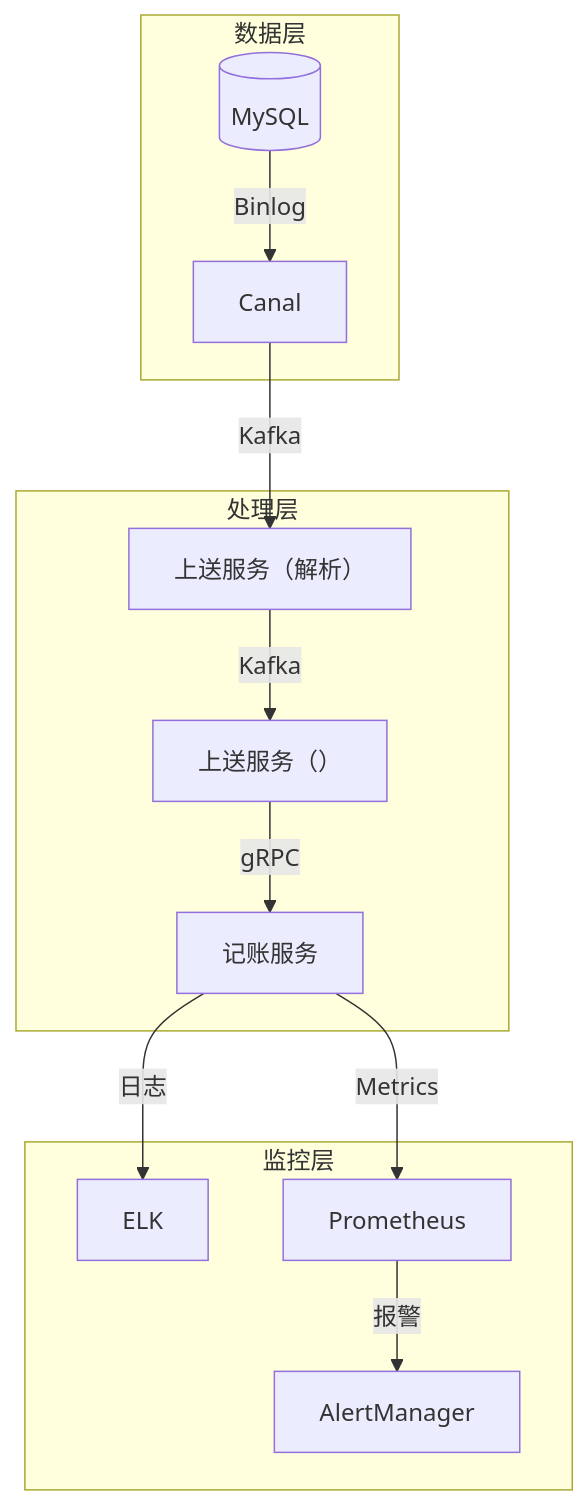
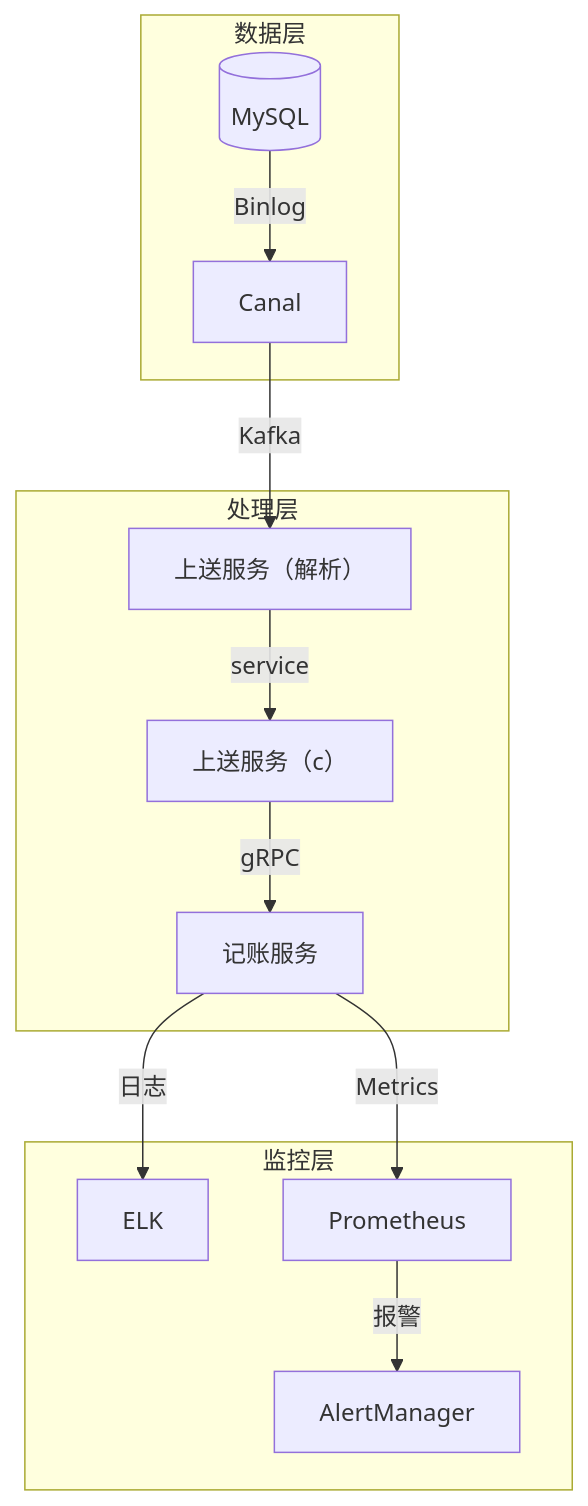
One commit to 87828943/iodraw-files changed the diagram in all/未命名.md. Above: the diagram before and after it, drawn with Mermaid.

Commit message:
2025-07-01 10:41:22 update

````diff
--- a/all/未命名.md
+++ b/all/未命名.md
@@ -1,16 +1,16 @@
 ```mermaid
 graph TB
     subgraph 数据层
         DB[(MySQL)] -->|Binlog| Canal
     end
     subgraph 处理层
         Canal -->|Kafka| Parser[上送服务（解析）]
-        Parser -->|Kafka| Engine[上送服务（）]
+        Parser -->|service| Engine[上送服务（c）]
         Engine -->|gRPC| Accounting[记账服务]
     end
     subgraph 监控层
         Accounting -->|日志| ELK
         Accounting -->|Metrics| Prometheus
         Prometheus -->|报警| AlertManager
     end
 ```
````
